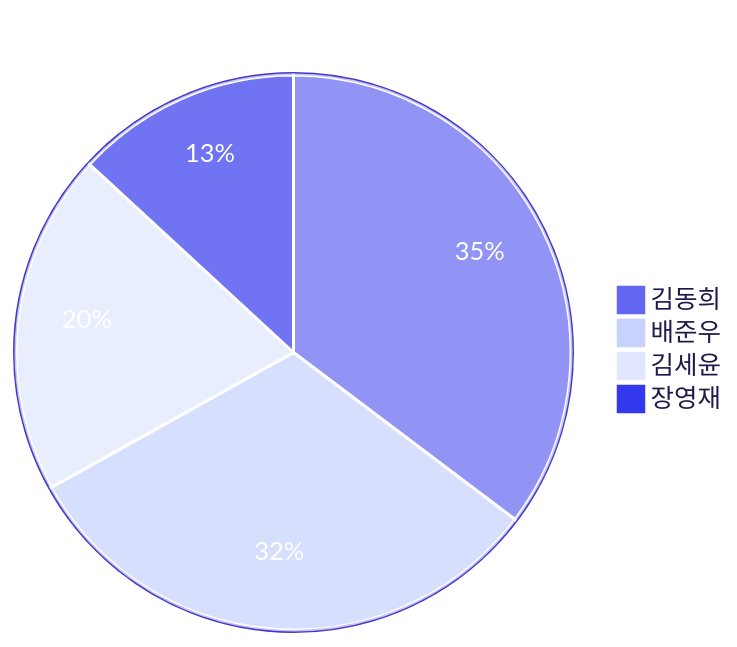
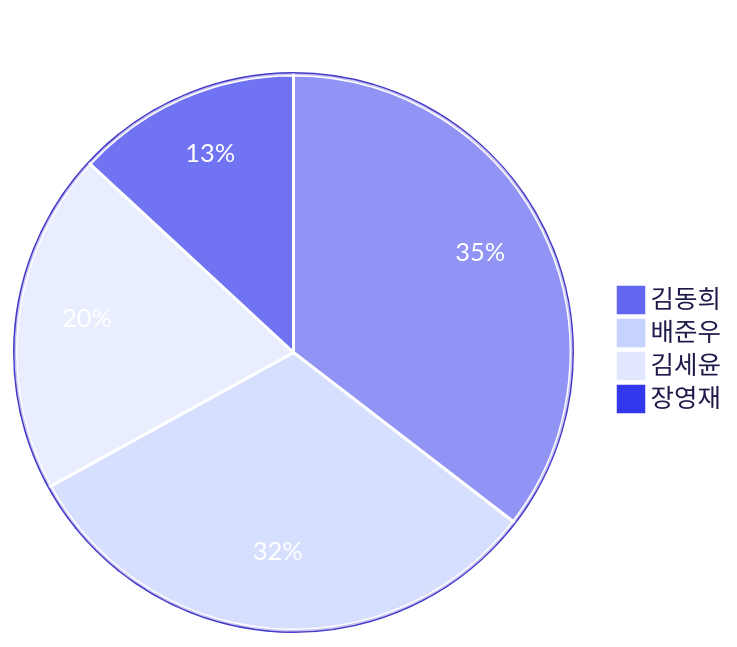
Before and after one commit to 3rd-project-team-1/ALYAC-market-team1: the third of 4 diagrams in README.md, drawn with Mermaid. The commit also changed other lines of this file, not shown here.

Commit message:
docs: 커밋 활동 차트 자동 업데이트 [skip ci]

````diff
--- a/README.md
+++ b/README.md
@@ -430,17 +430,17 @@
 ```mermaid
 %%{init: { 'theme': 'base', 'themeVariables': {
   'primaryColor': '#6366f1',
   'primaryTextColor': '#ffffff',
   'primaryBorderColor': '#4338ca',
   'secondaryColor': '#c7d2fe',
   'tertiaryColor': '#e0e7ff',
   'pieLegendTextColor': '#1e1b4b',
   'pieStrokeColor': '#ffffff',
   'pieOuterStrokeColor': '#4338ca'
 } } }%%
 pie title 기여자별 커밋 수
-  "김동희" : 145
+  "김동희" : 146
   "배준우" : 130
   "김세윤" : 82
   "장영재" : 54
 ```
````
